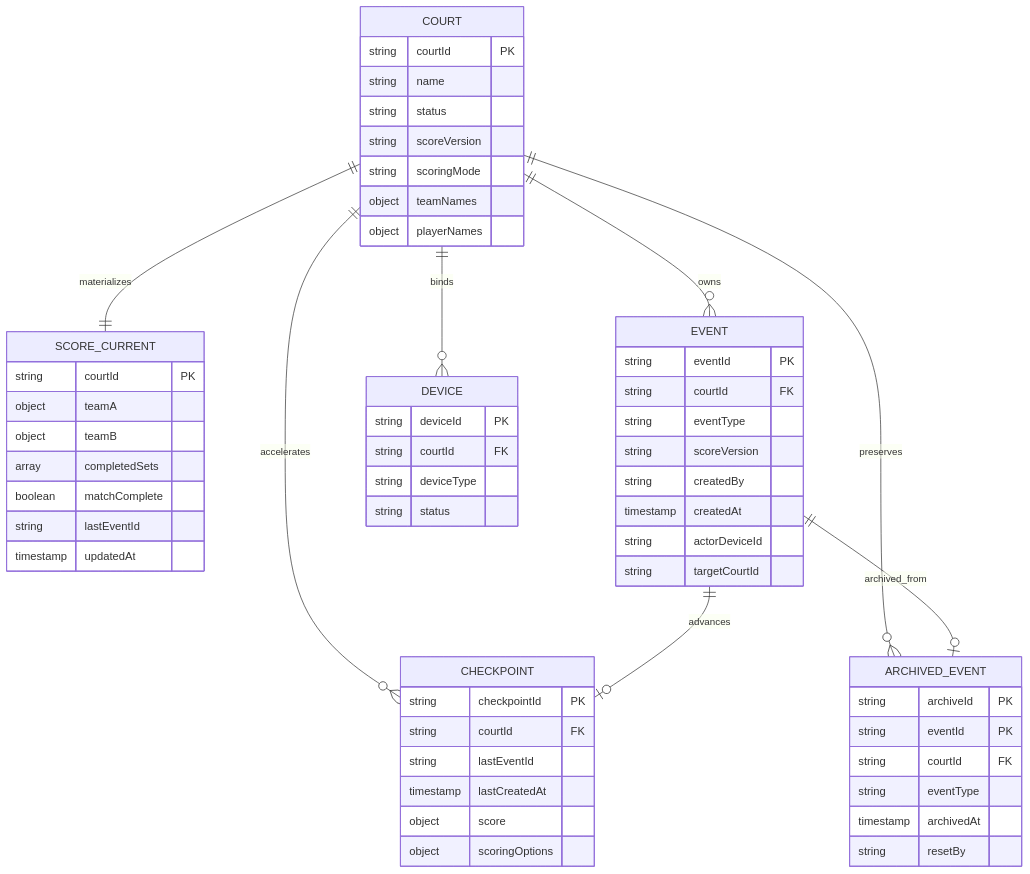
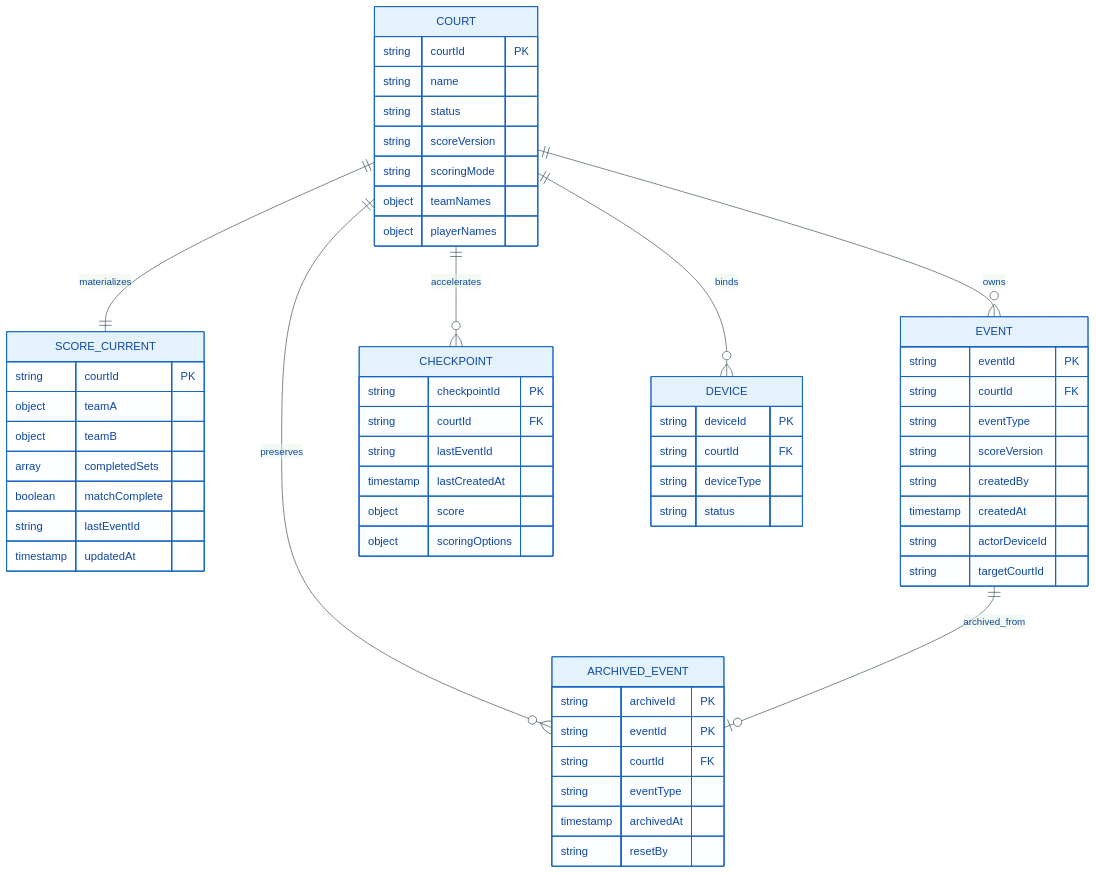
The diagram in Mermaid/PP_Data_Model.mmd (creepyLANguy/PuntoPrototype), drawn with Mermaid before and after one commit. The commit also changed 4 other files, not shown here.

```diff
--- a/Mermaid/PP_Data_Model.mmd
+++ b/Mermaid/PP_Data_Model.mmd
@@ -1,64 +1,75 @@
+---
+config:
+    theme: base
+    themeVariables:
+        primaryColor: '#E3F2FD'
+        primaryBorderColor: '#1565C0'
+        primaryTextColor: '#0D47A1'
+        lineColor: '#455A64'
+        secondaryColor: '#FFF3E0'
+        tertiaryColor: '#E8F5E9'
+---
+
 erDiagram
     COURT {
         string courtId PK
         string name
         string status
         string scoreVersion
         string scoringMode
         object teamNames
         object playerNames
     }
 
     SCORE_CURRENT {
         string courtId PK
         object teamA
         object teamB
         array completedSets
         boolean matchComplete
         string lastEventId
         timestamp updatedAt
     }
 
     EVENT {
         string eventId PK
         string courtId FK
         string eventType
         string scoreVersion
         string createdBy
         timestamp createdAt
         string actorDeviceId
         string targetCourtId
     }
 
     CHECKPOINT {
         string checkpointId PK
         string courtId FK
         string lastEventId
         timestamp lastCreatedAt
         object score
         object scoringOptions
     }
 
     ARCHIVED_EVENT {
         string archiveId PK
         string eventId PK
         string courtId FK
         string eventType
         timestamp archivedAt
         string resetBy
     }
 
     DEVICE {
         string deviceId PK
         string courtId FK
         string deviceType
         string status
     }
 
     COURT ||--|| SCORE_CURRENT : materializes
     COURT ||--o{ EVENT : owns
     COURT ||--o{ CHECKPOINT : accelerates
     COURT ||--o{ ARCHIVED_EVENT : preserves
     COURT ||--o{ DEVICE : binds
-    EVENT ||--o| CHECKPOINT : advances
     EVENT ||--o| ARCHIVED_EVENT : archived_from
```
